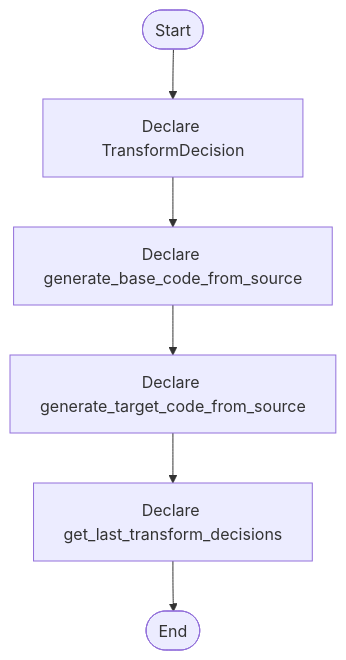
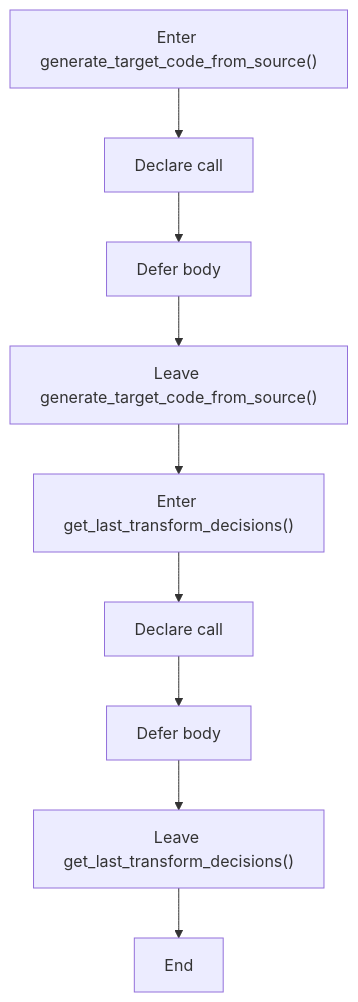
Before and after one commit to JohnAndrewBalbarosa/NeoTerritory: the second of 6 diagrams in docs/Codebase/Microservice/Modules/Header/SyntacticBrokenAST/ParseTree/parse_tree_code_generator.hpp.md, drawn with Mermaid. The commit also changed other lines of this file and 752 other files, not shown here.

````diff
--- a/docs/Codebase/Microservice/Modules/Header/SyntacticBrokenAST/ParseTree/parse_tree_code_generator.hpp.md
+++ b/docs/Codebase/Microservice/Modules/Header/SyntacticBrokenAST/ParseTree/parse_tree_code_generator.hpp.md
@@ -34,14 +49,20 @@
 ```mermaid
 flowchart TD
-    Start([Start])
-    N0[Declare TransformDecision]
-    N1[Declare generate_base_code_from_source]
-    N2[Declare generate_target_code_from_source]
-    N3[Declare get_last_transform_decisions]
-    End([End])
-    Start --> N0
+    N0["Enter generate_target_code_from_source()"]
+    N1["Declare call"]
+    N2["Defer body"]
+    N3["Leave generate_target_code_from_source()"]
+    N4["Enter get_last_transform_decisions()"]
+    N5["Declare call"]
+    N6["Defer body"]
+    N7["Leave get_last_transform_decisions()"]
+    N8["End"]
     N0 --> N1
     N1 --> N2
     N2 --> N3
-    N3 --> End
+    N3 --> N4
+    N4 --> N5
+    N5 --> N6
+    N6 --> N7
+    N7 --> N8
 ```
````
